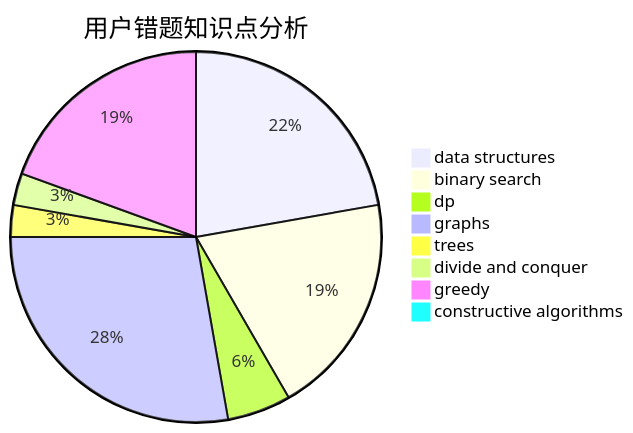
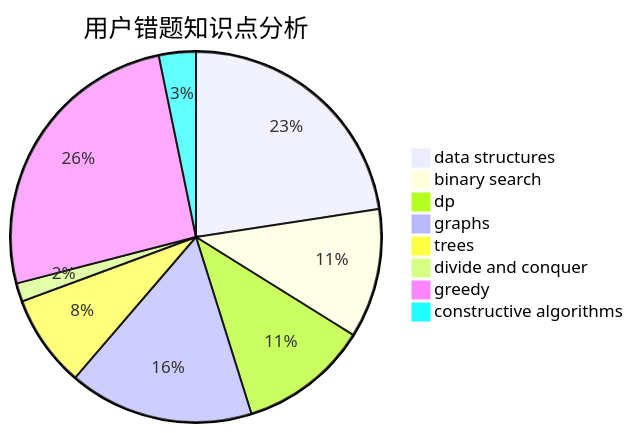
One commit to sherpahu/cfrs.github.io changed the third of 3 diagrams in docs/user/u1105.md. Above: the diagram before and after it, drawn with Mermaid. The commit also changed other lines of this file and 2770 other files, not shown here.

````diff
--- a/docs/user/u1105.md
+++ b/docs/user/u1105.md
@@ -36,11 +36,11 @@
 ```mermaid
 pie title 用户错题知识点分析
-    "data structures" :  8
+    "data structures" :  14
     "binary search" :  7
-    "dp" :  2
+    "dp" :  7
     "graphs" :  10
-    "trees" :  1
+    "trees" :  5
     "divide and conquer" :  1
-    "greedy" :  7
-    "constructive algorithms" :  0
+    "greedy" :  16
+    "constructive algorithms" :  2
 ```
````
